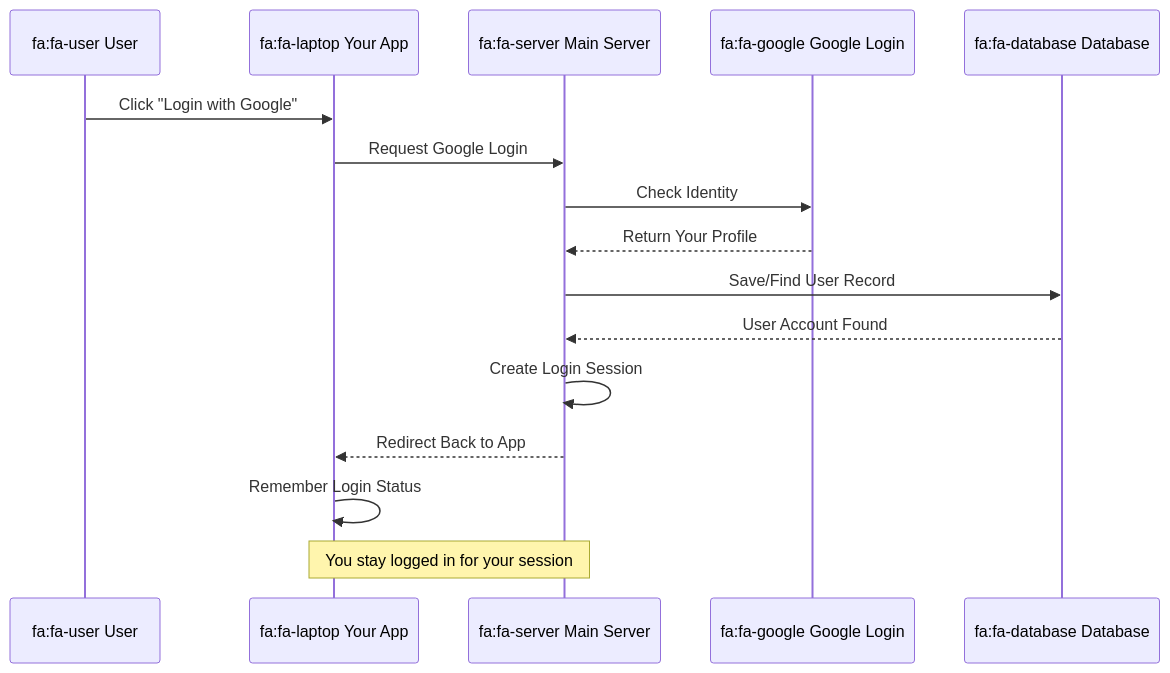
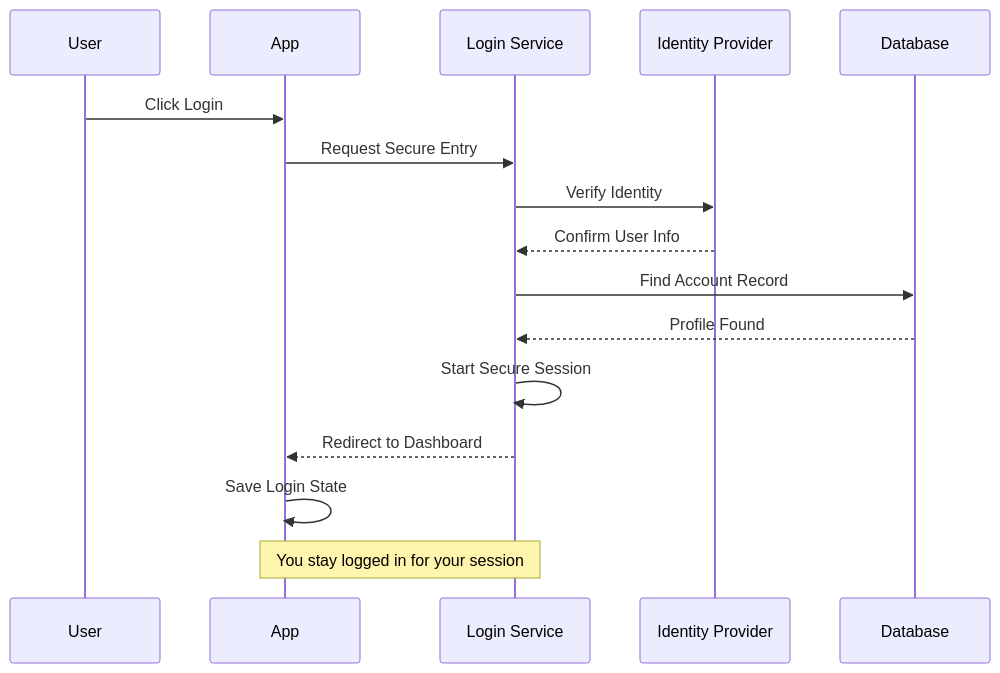
One commit to Akash-Veerla/Demographic changed the third of 8 diagrams in docs/DIAGRAMS.md. Above: the diagram before and after it, drawn with Mermaid. The commit also changed other lines of this file, not shown here.

Commit message:
Diagrams update reflecting system update

````diff
--- a/docs/DIAGRAMS.md
+++ b/docs/DIAGRAMS.md
@@ -88,19 +87,19 @@
 ```mermaid
 sequenceDiagram
-    participant U as fa:fa-user User
-    participant C as fa:fa-laptop Your App
-    participant S as fa:fa-server Main Server
-    participant G as fa:fa-google Google Login
-    participant DB as fa:fa-database Database
+    participant U as User
+    participant A as App
+    participant L as Login Service
+    participant I as Identity Provider
+    participant D as Database
 
-    U->>C: Click "Login with Google"
-    C->>S: Request Google Login
-    S->>G: Check Identity
-    G-->>S: Return Your Profile
-    S->>DB: Save/Find User Record
-    DB-->>S: User Account Found
-    S->>S: Create Login Session
-    S-->>C: Redirect Back to App
-    C->>C: Remember Login Status
-    Note over C,S: You stay logged in for your session
+    U->>A: Click Login
+    A->>L: Request Secure Entry
+    L->>I: Verify Identity
+    I-->>L: Confirm User Info
+    L->>D: Find Account Record
+    D-->>L: Profile Found
+    L->>L: Start Secure Session
+    L-->>A: Redirect to Dashboard
+    A->>A: Save Login State
+    Note over A, L: You stay logged in for your session
 ```
````
